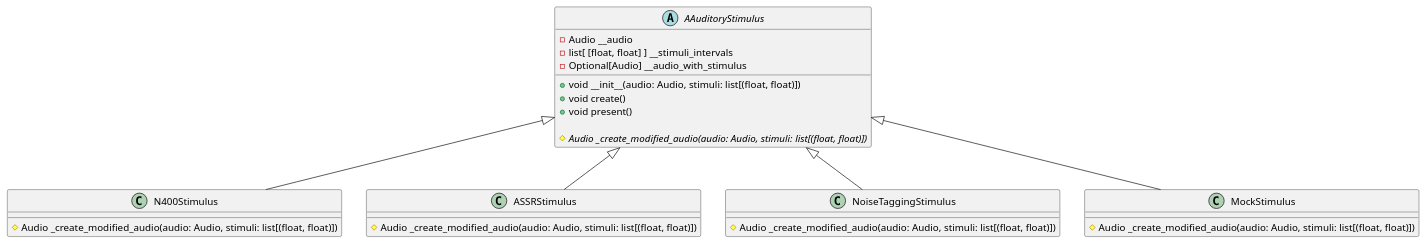
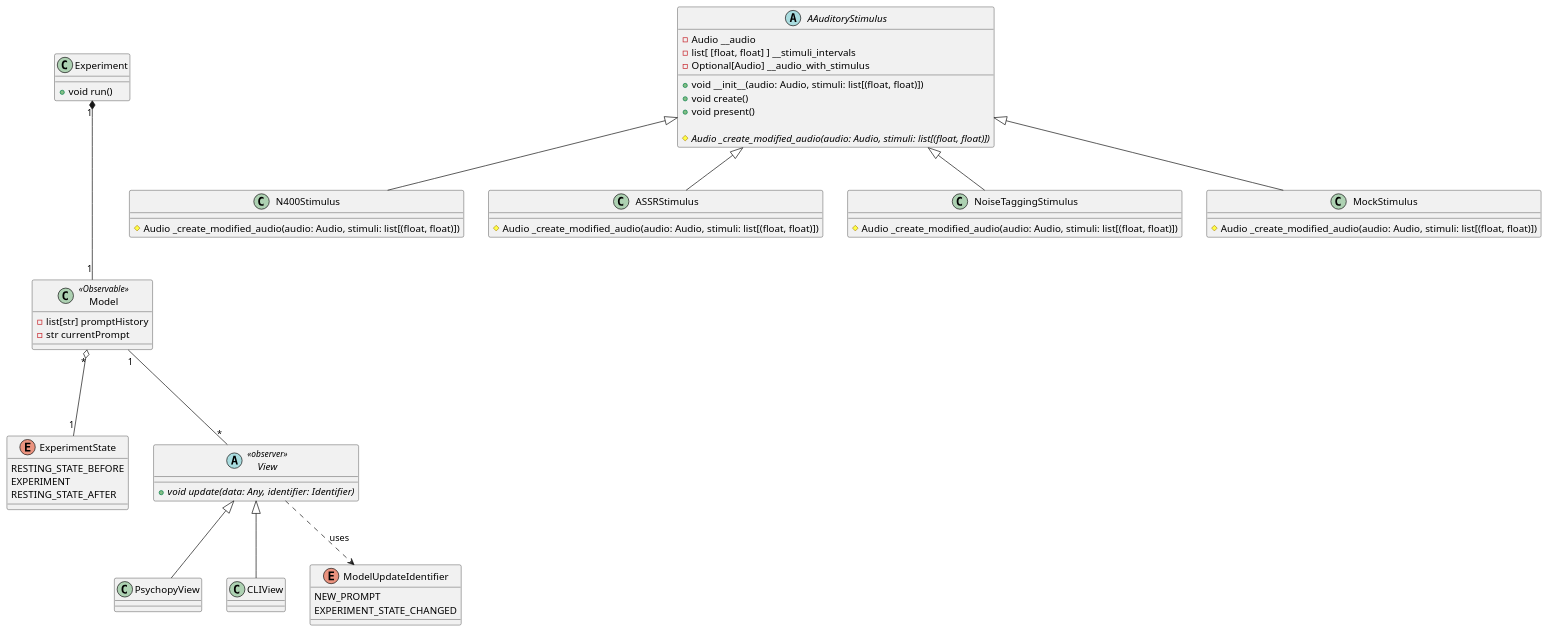
One commit to michalrzak/auditory-intention-decoding changed the diagram in diagrams/plantuml/class_diagram.pu. Above: the diagram before and after it, drawn with PlantUML.

Commit message:
updated diagram with new ideas for structure

```diff
--- a/diagrams/plantuml/class_diagram.pu
+++ b/diagrams/plantuml/class_diagram.pu
@@ -1,39 +1,78 @@
 @startuml
+
+class Experiment {
+    + void run()
+}
+
+class Model <<Observable>>{
+    -list[str] promptHistory
+    -str currentPrompt
+}
+
+enum ExperimentState {
+    RESTING_STATE_BEFORE
+    EXPERIMENT
+    RESTING_STATE_AFTER
+}
+
+abstract class View<<observer>> {
+    +void {abstract} update(data: Any, identifier: Identifier)
+}
+
+class PsychopyView {
+}
+
+class CLIView {
+}
+
+enum ModelUpdateIdentifier {
+    NEW_PROMPT
+    EXPERIMENT_STATE_CHANGED
+}
 
 abstract class AAuditoryStimulus {
   -Audio __audio
   -list[ [float, float] ] __stimuli_intervals
   -Optional[Audio] __audio_with_stimulus
 
   +void __init__(audio: Audio, stimuli: list[(float, float)])
   +void create()
   +void present()
 
   #Audio {abstract} _create_modified_audio(audio: Audio, stimuli: list[(float, float)])
 
 }
 
 
 class N400Stimulus {
   #Audio _create_modified_audio(audio: Audio, stimuli: list[(float, float)])
 }
 
 class ASSRStimulus {
   #Audio _create_modified_audio(audio: Audio, stimuli: list[(float, float)])
 }
 
 class NoiseTaggingStimulus {
   #Audio _create_modified_audio(audio: Audio, stimuli: list[(float, float)])
 }
 
 
 class MockStimulus {
   #Audio _create_modified_audio(audio: Audio, stimuli: list[(float, float)])
 }
 
 AAuditoryStimulus <|-- N400Stimulus
 AAuditoryStimulus <|-- ASSRStimulus
 AAuditoryStimulus <|-- NoiseTaggingStimulus
 AAuditoryStimulus <|-- MockStimulus
 
+View <|-- PsychopyView
+View <|-- CLIView
+
+View ..> ModelUpdateIdentifier: "uses"
+
+Model "*" o--- "1" ExperimentState
+Experiment "1" *--- "1" Model
+
+Model "1" --- "*" View
 @enduml
```
